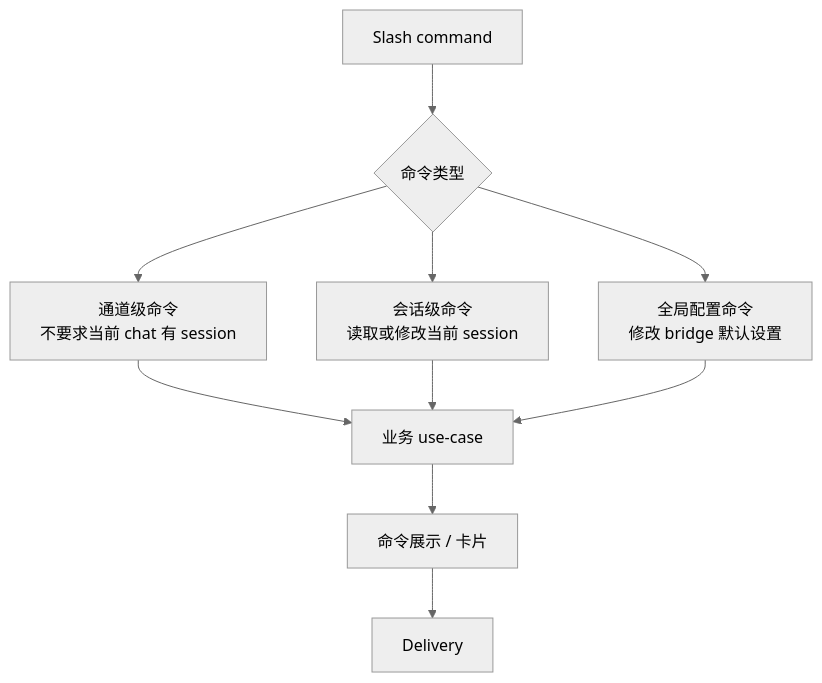
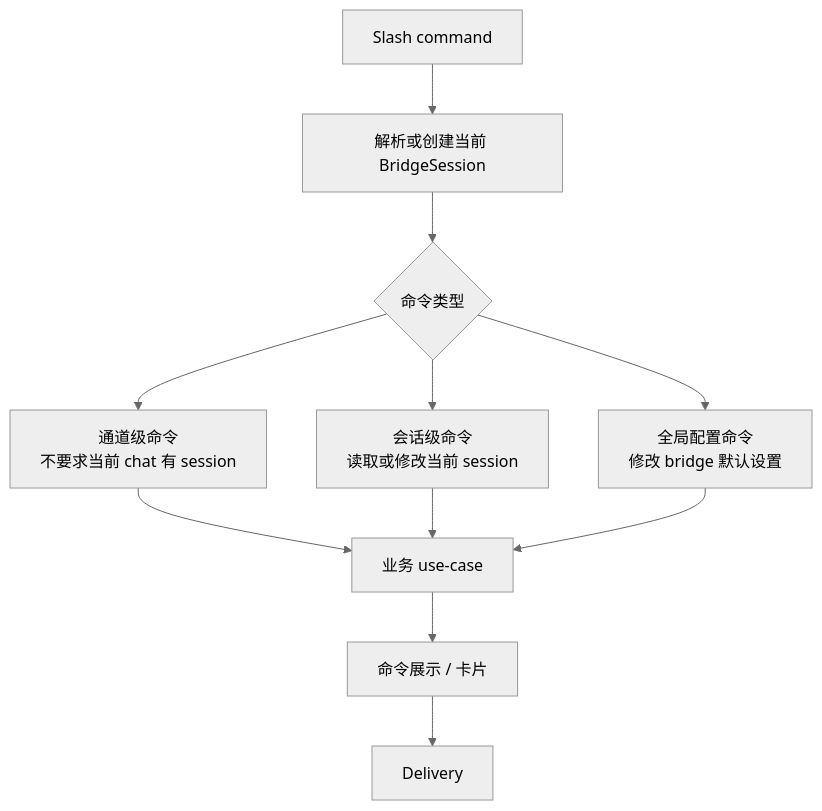
The fifth of 5 diagrams in docs/architecture/current.md (huiyeruzhou/codelark), drawn with Mermaid (neutral theme) before and after one commit. The commit also changed other lines of this file and 8 other files, not shown here.

````diff
--- a/docs/architecture/current.md
+++ b/docs/architecture/current.md
@@ -450,21 +450,23 @@
 ```mermaid
 flowchart TD
   slash[Slash command]
+  resolve[解析或创建当前 BridgeSession]
   classify{命令类型}
   channel[通道级命令<br/>不要求当前 chat 有 session]
   session[会话级命令<br/>读取或修改当前 session]
   global[全局配置命令<br/>修改 bridge 默认设置]
   usecase[业务 use-case]
   presentation[命令展示 / 卡片]
   delivery[Delivery]
 
-  slash --> classify
+  slash --> resolve
+  resolve --> classify
   classify --> channel
   classify --> session
   classify --> global
   channel --> usecase
   session --> usecase
   global --> usecase
   usecase --> presentation
   presentation --> delivery
 ```
````
